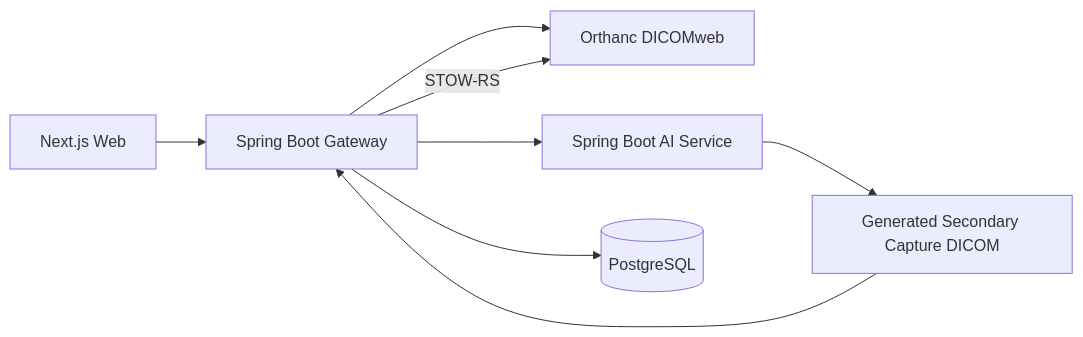
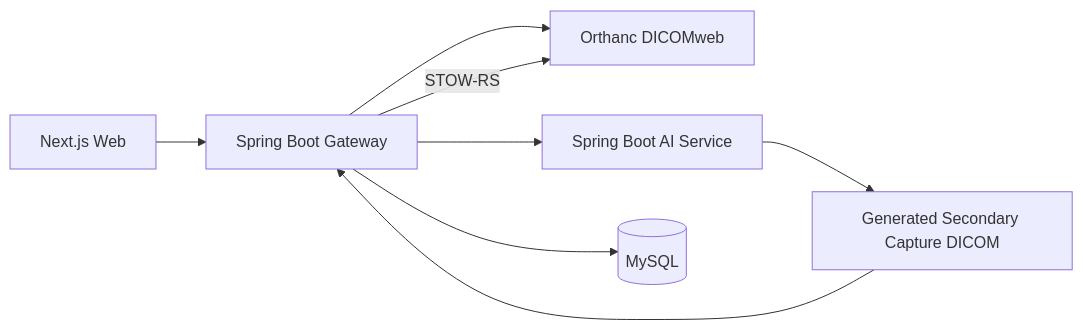
Before and after one commit to Change03/hanul-ai-pacs-assistant: the diagram in README.md, drawn with Mermaid. The commit also changed other lines of this file and 15 other files, not shown here.

````diff
--- a/README.md
+++ b/README.md
@@ -107,10 +107,10 @@
 ```mermaid
 flowchart LR
   Web[Next.js Web] --> Gateway[Spring Boot Gateway]
   Gateway --> Orthanc[Orthanc DICOMweb]
   Gateway --> AI[Spring Boot AI Service]
   AI --> Result[Generated Secondary Capture DICOM]
   Result --> Gateway
   Gateway -->|STOW-RS| Orthanc
-  Gateway --> Postgres[(PostgreSQL)]
+  Gateway --> Mysql[(MySQL)]
 ```
````
